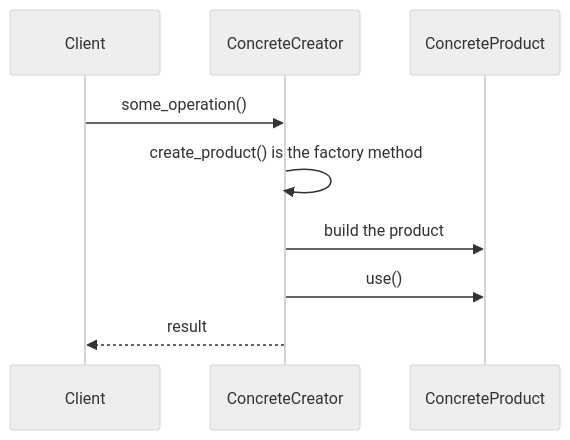
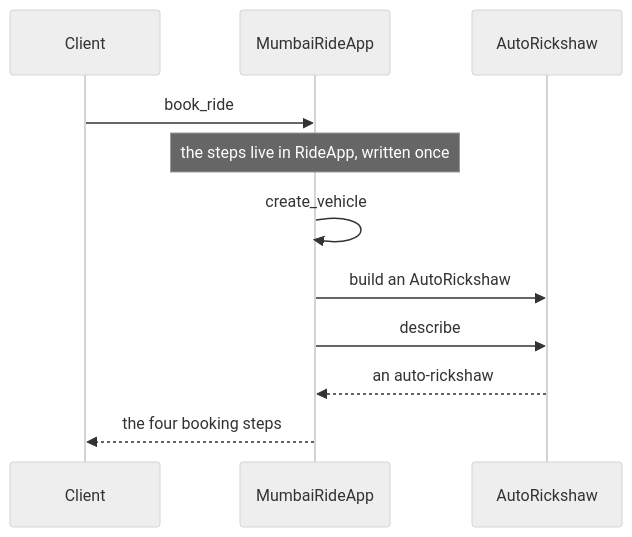
Before and after one commit to pankajsoni22/system-design: the fifth of 11 diagrams in low-level-design/design-principles/factory-design-pattern/README.md, drawn with Mermaid (neutral theme). The commit also changed other lines of this file and 7 other files, not shown here.

````diff
--- a/low-level-design/design-principles/factory-design-pattern/README.md
+++ b/low-level-design/design-principles/factory-design-pattern/README.md
@@ -164,11 +434,13 @@
 ```mermaid
 sequenceDiagram
     participant C as Client
-    participant K as ConcreteCreator
-    participant P as ConcreteProduct
-    C->>K: some_operation()
-    K->>K: create_product() is the factory method
-    K->>P: build the product
-    K->>P: use()
-    K-->>C: result
+    participant M as MumbaiRideApp
+    participant R as AutoRickshaw
+    C->>M: book_ride
+    Note over M: the steps live in RideApp, written once
+    M->>M: create_vehicle
+    M->>R: build an AutoRickshaw
+    M->>R: describe
+    R-->>M: an auto-rickshaw
+    M-->>C: the four booking steps
 ```
````
